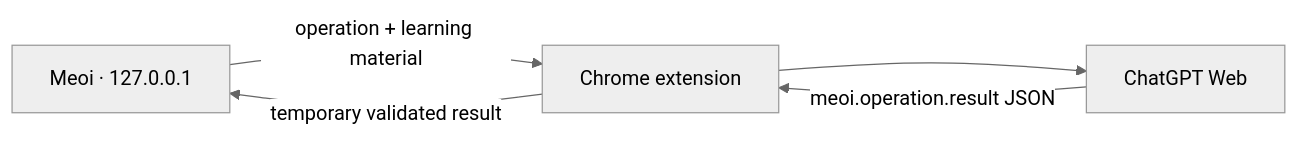
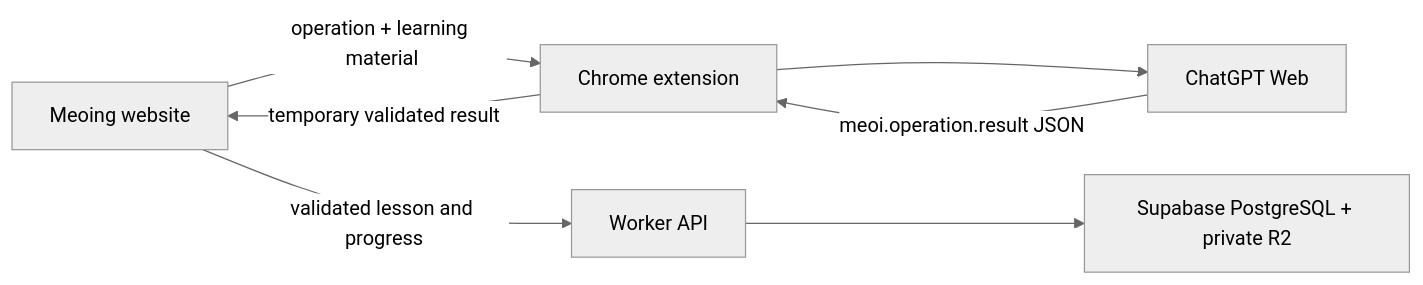
Before and after one commit to hiuudc/meoing: the diagram in frontend/README.md, drawn with Mermaid (neutral theme). The commit also changed other lines of this file and 152 other files, not shown here.

````diff
--- a/frontend/README.md
+++ b/frontend/README.md
@@ -9,7 +12,9 @@
 ```mermaid
 flowchart LR
-  A["Meoi · 127.0.0.1"] -->|"operation + learning material"| B["Chrome extension"]
+  A["Meoing website"] -->|"operation + learning material"| B["Chrome extension"]
   B --> C["ChatGPT Web"]
   C -->|"meoi.operation.result JSON"| B
   B -->|"temporary validated result"| A
+  A -->|"validated lesson and progress"| D["Worker API"]
+  D --> E["Supabase PostgreSQL + private R2"]
 ```
````
